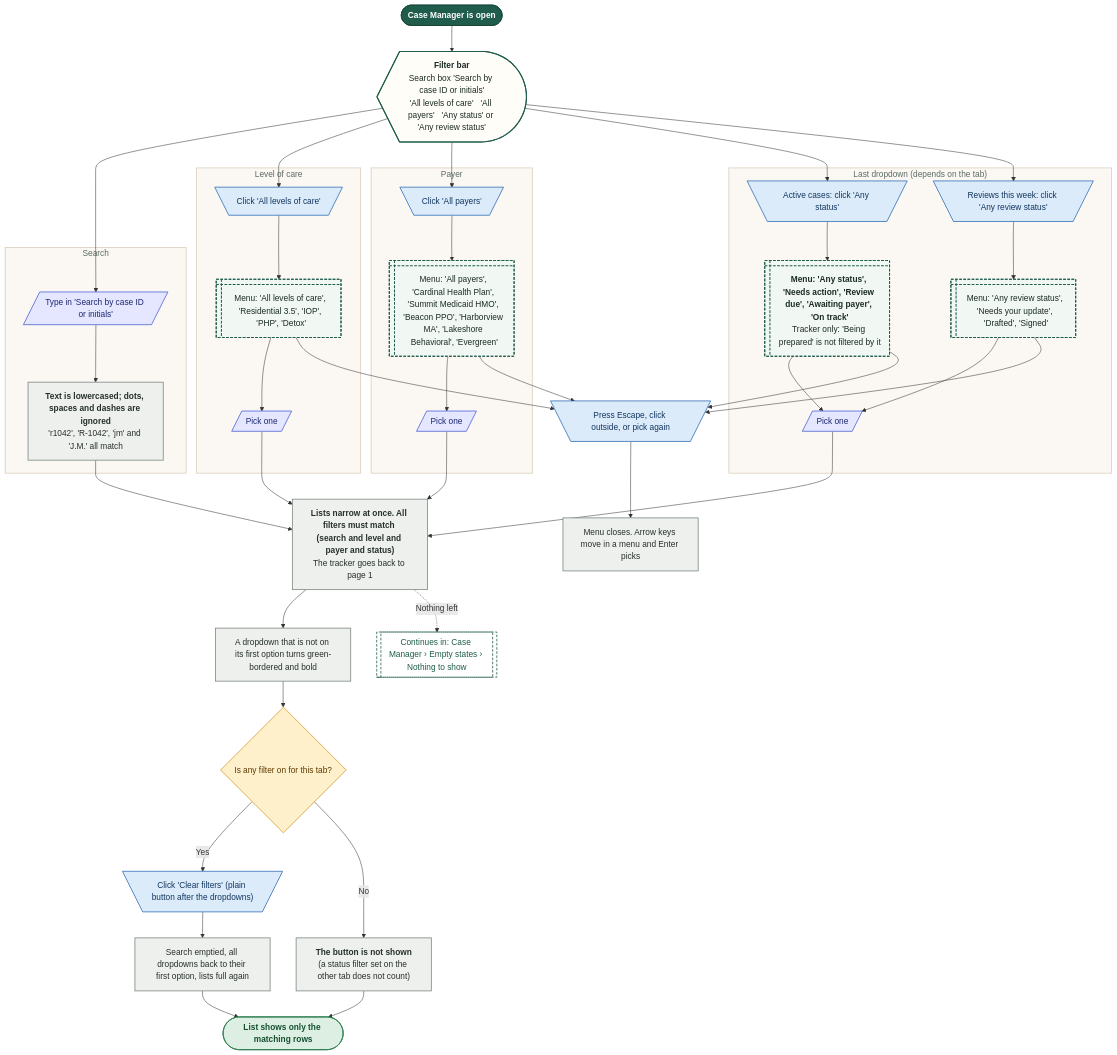
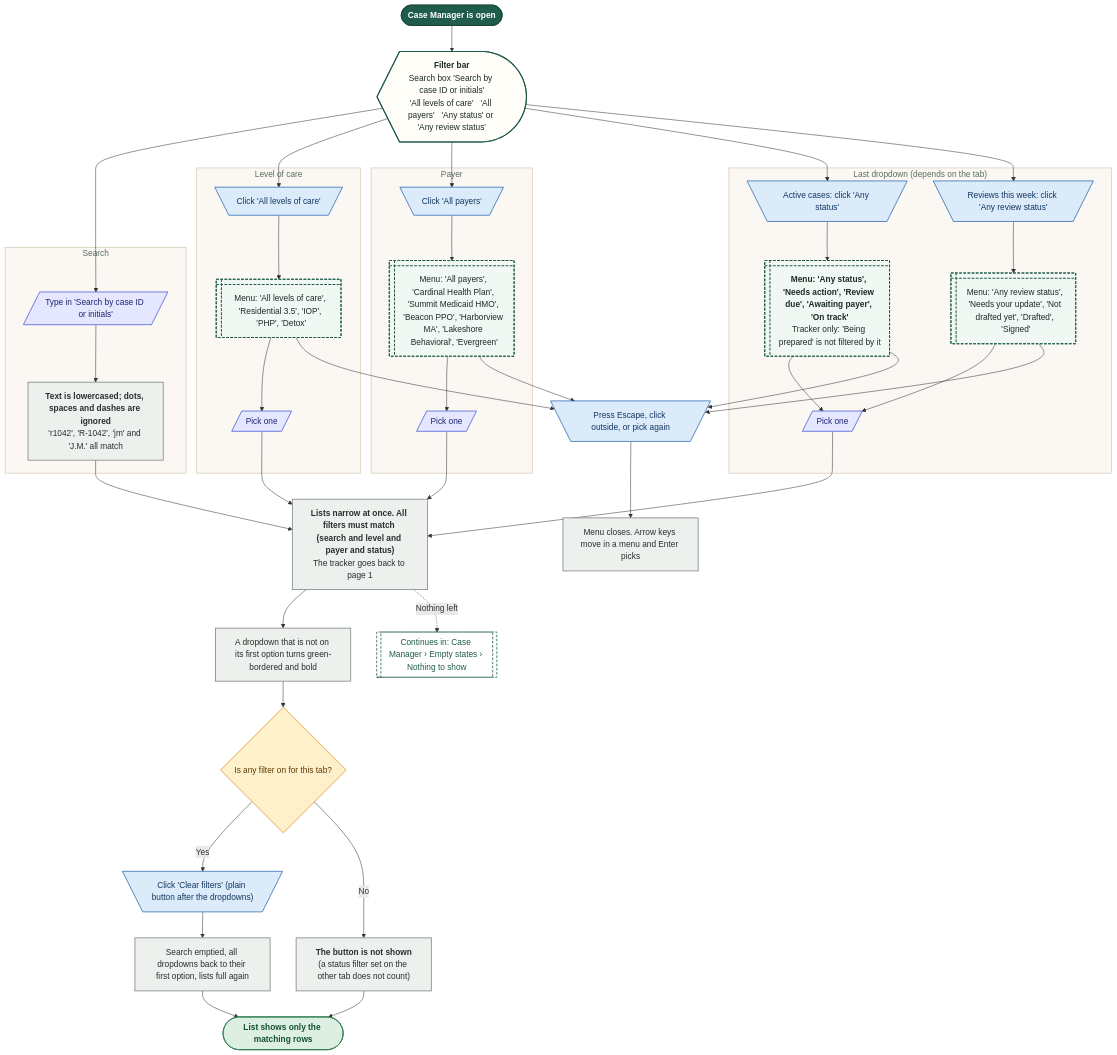
One commit to Shrav143/psyfloapp changed the second of 21 diagrams in demos/prior-auth-demo/workflows/out/md/07-case-manager.md. Above: the diagram before and after it, drawn with Mermaid. The commit also changed other lines of this file and 195 other files, not shown here.

First line of the commit message:
docs: Rebuild workflow diagrams after the demo fixes (220 diagrams)

````diff
--- a/demos/prior-auth-demo/workflows/out/md/07-case-manager.md
+++ b/demos/prior-auth-demo/workflows/out/md/07-case-manager.md
@@ -89,78 +93,78 @@
 ```mermaid
 %%{init: {"theme":"base","themeVariables":{"fontFamily":"'DM Sans', 'Segoe UI', system-ui, sans-serif","fontSize":"15px","lineColor":"#5B6B63","primaryTextColor":"#1C2B25","clusterBkg":"#FBF8F3","clusterBorder":"#D9CDBB","edgeLabelBackground":"#FFFFFF"},"flowchart":{"curve":"basis","nodeSpacing":36,"rankSpacing":48,"padding":12,"htmlLabels":true,"useMaxWidth":false,"wrappingWidth":230}} }%%
 flowchart TD
   classDef k_start fill:#1F5C4B,stroke:#174638,color:#FFFFFF,stroke-width:1.5px,font-weight:600
   classDef k_end fill:#DDEFE3,stroke:#2E7D4F,color:#14502F,stroke-width:1.5px,font-weight:600
   classDef k_endx fill:#FBE3E0,stroke:#C0392B,color:#7A1F16,stroke-width:1.5px,font-weight:600
   classDef k_screen fill:#FFFDF8,stroke:#1F5C4B,color:#1C2B25,stroke-width:2px
   classDef k_overlay fill:#F1F7F3,stroke:#1F5C4B,color:#1C2B25,stroke-width:2px,stroke-dasharray:5 3
   classDef k_click fill:#DCEBFA,stroke:#2F6DB5,color:#12365F,stroke-width:1.5px
   classDef k_input fill:#E4E7FF,stroke:#4C5FD5,color:#1D2670,stroke-width:1.5px
   classDef k_process fill:#EEF0EE,stroke:#7A857F,color:#26302B,stroke-width:1.5px
   classDef k_agent fill:#EEE5FA,stroke:#7A4FC2,color:#341A63,stroke-width:1.5px
   classDef k_decision fill:#FFF0CC,stroke:#D9962B,color:#5C3B00,stroke-width:1.5px
   classDef k_store fill:#D5F0EA,stroke:#1C8E7B,color:#0B4A3F,stroke-width:1.5px
   classDef k_doc fill:#F6E9DC,stroke:#B07A4C,color:#4A2E14,stroke-width:1.5px
   classDef k_ext fill:#FFE6D2,stroke:#E07B39,color:#6B2F06,stroke-width:1.5px
   classDef k_wait fill:#E4E8EE,stroke:#6B7C93,color:#26303D,stroke-width:1.5px
   classDef k_toast fill:#FFF9DB,stroke:#C9A400,color:#5A4A00,stroke-width:1.5px
   classDef k_goto fill:#FFFFFF,stroke:#1F5C4B,color:#1F5C4B,stroke-width:1.5px,stroke-dasharray:5 3
   s1@{ shape: stadium, label: "Case Manager is open" }
   sb@{ shape: curv-trap, label: "<b>Filter bar</b><br/>Search box 'Search by case ID or initials'<br/>'All levels of care'   'All payers'   'Any status' or 'Any review status'" }
   subgraph gSearch ["Search"]
   i1@{ shape: lean-r, label: "Type in 'Search by case ID or initials'" }
   p1@{ shape: rect, label: "<b>Text is lowercased; dots, spaces and dashes are ignored</b><br/>'r1042', 'R-1042', 'jm' and 'J.M.' all match" }
   end
   subgraph gLevel ["Level of care"]
   c2@{ shape: trap-t, label: "Click 'All levels of care'" }
   o2@{ shape: win-pane, label: "Menu: 'All levels of care', 'Residential 3.5', 'IOP', 'PHP', 'Detox'" }
   i2@{ shape: lean-r, label: "Pick one" }
   end
   subgraph gPayer ["Payer"]
   c3@{ shape: trap-t, label: "Click 'All payers'" }
   o3@{ shape: win-pane, label: "Menu: 'All payers', 'Cardinal Health Plan', 'Summit Medicaid HMO', 'Beacon PPO', 'Harborview MA', 'Lakeshore Behavioral', 'Evergreen'" }
   i3@{ shape: lean-r, label: "Pick one" }
   end
   subgraph gStatus ["Last dropdown (depends on the tab)"]
   c4@{ shape: trap-t, label: "Active cases: click 'Any status'" }
   o4@{ shape: win-pane, label: "<b>Menu: 'Any status', 'Needs action', 'Review due', 'Awaiting payer', 'On track'</b><br/>Tracker only: 'Being prepared' is not filtered by it" }
   c5@{ shape: trap-t, label: "Reviews this week: click 'Any review status'" }
-  o5@{ shape: win-pane, label: "Menu: 'Any review status', 'Needs your update', 'Drafted', 'Signed'" }
+  o5@{ shape: win-pane, label: "Menu: 'Any review status', 'Needs your update', 'Not drafted yet', 'Drafted', 'Signed'" }
   i4@{ shape: lean-r, label: "Pick one" }
   end
   p2@{ shape: rect, label: "<b>Lists narrow at once. All filters must match (search and level and payer and status)</b><br/>The tracker goes back to page 1" }
   p3@{ shape: rect, label: "A dropdown that is not on its first option turns green-bordered and bold" }
   d1@{ shape: diam, label: "Is any filter on for this tab?" }
   c6@{ shape: trap-t, label: "Click 'Clear filters' (plain button after the dropdowns)" }
   p4@{ shape: rect, label: "Search emptied, all dropdowns back to their first option, lists full again" }
   p5@{ shape: rect, label: "<b>The button is not shown</b><br/>(a status filter set on the other tab does not count)" }
   c7@{ shape: trap-t, label: "Press Escape, click outside, or pick again" }
   p6@{ shape: rect, label: "Menu closes. Arrow keys move in a menu and Enter picks" }
   g1@{ shape: subproc, label: "Continues in: Case Manager › Empty states › Nothing to show" }
   e1@{ shape: stadium, label: "List shows only the matching rows" }
   s1 --> sb
   sb --> i1 --> p1 --> p2
   sb --> c2 --> o2 --> i2 --> p2
   sb --> c3 --> o3 --> i3 --> p2
   sb --> c4 --> o4 --> i4
   sb --> c5 --> o5 --> i4
   i4 --> p2
   o2 & o3 & o4 & o5 --> c7 --> p6
   p2 --> p3 --> d1
   d1 -->|"Yes"| c6 --> p4 --> e1
   d1 -->|"No"| p5 --> e1
   p2 -.->|"Nothing left"| g1
   class s1 k_start
   class sb k_screen
   class i1,i2,i3,i4 k_input
   class p1,p2,p3,p4,p5,p6 k_process
   class c2,c3,c4,c5,c6,c7 k_click
   class o2,o3,o4,o5 k_overlay
   class d1 k_decision
   class g1 k_goto
   class e1 k_end
   style gSearch fill:#FBF8F3,stroke:#D9CDBB,stroke-width:1.5px,color:#5B6B63
   style gLevel fill:#FBF8F3,stroke:#D9CDBB,stroke-width:1.5px,color:#5B6B63
   style gPayer fill:#FBF8F3,stroke:#D9CDBB,stroke-width:1.5px,color:#5B6B63
   style gStatus fill:#FBF8F3,stroke:#D9CDBB,stroke-width:1.5px,color:#5B6B63
 ```
````
